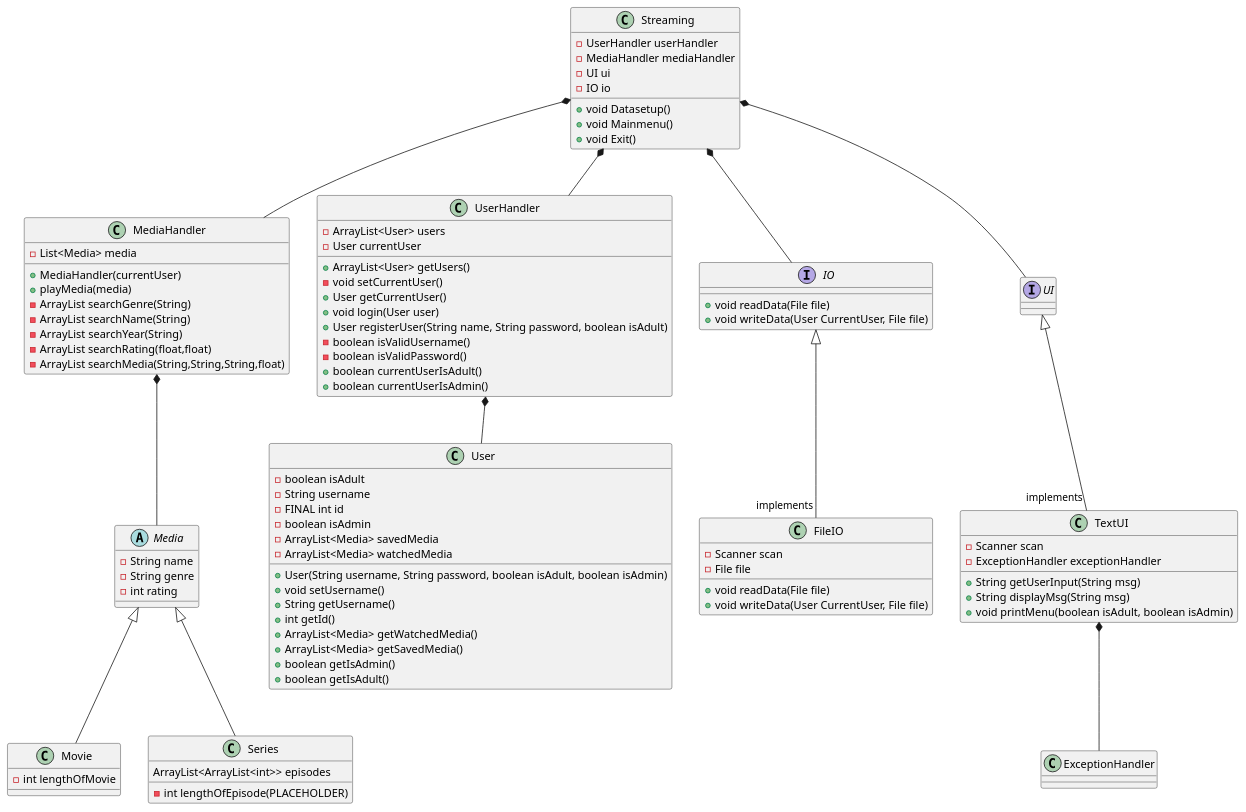
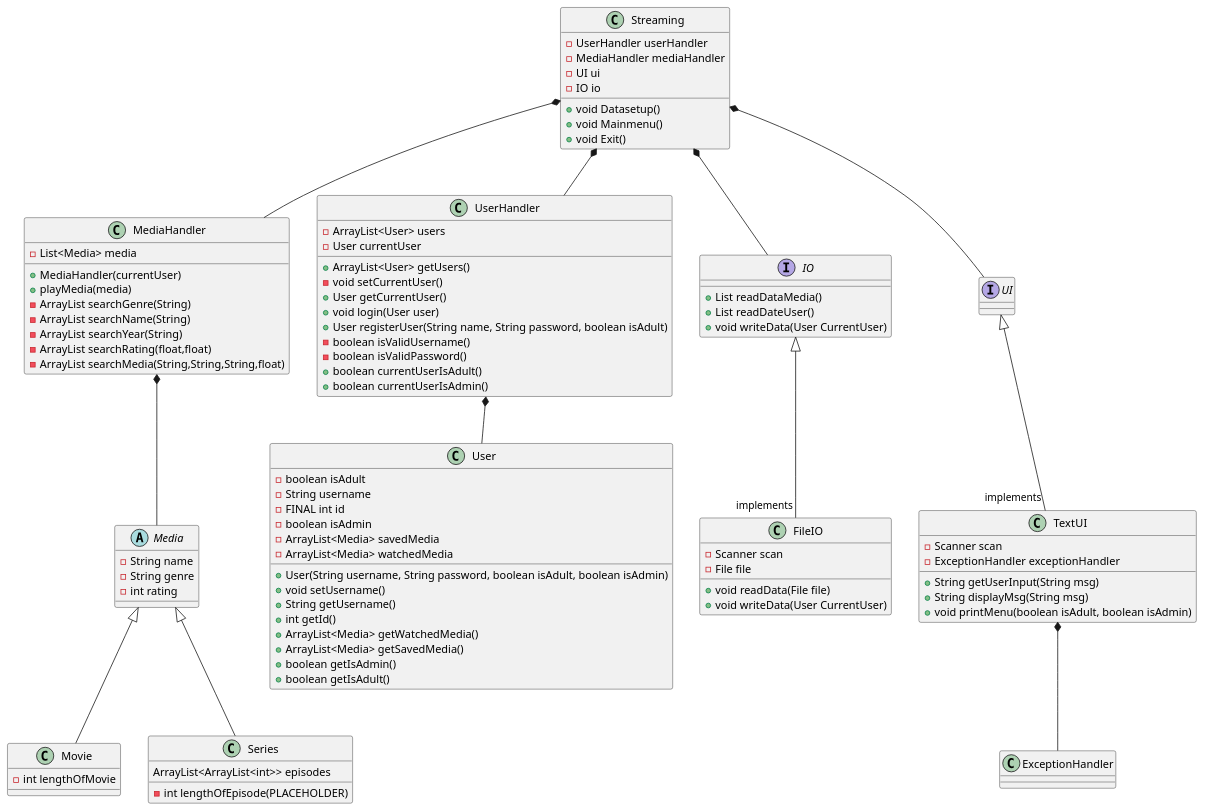
One commit to Ghostz-Games/SP3---Streamingtjeneste---Gruppe-B---2023 changed the diagram in SP3 - Streaming Tjeneste/Documentation/ClassDiagram.puml. Above: the diagram before and after it, drawn with PlantUML.

Commit message:
did more stuff

```diff
--- a/SP3 - Streaming Tjeneste/Documentation/ClassDiagram.puml
+++ b/SP3 - Streaming Tjeneste/Documentation/ClassDiagram.puml
@@ -1,104 +1,105 @@
 @startuml
 'https://plantuml.com/class-diagram
 
 class Streaming
 class MediaHandler
 abstract class Media
 class Movie
 class Series
 class UserHandler
 class FileIO
 interface IO
 interface UI
 class TextUI
 class ExceptionHandler
 class User
 
 
 
 Streaming *-- UserHandler
 UserHandler *-- User
 Streaming *-- MediaHandler
 MediaHandler *-- Media
 Media <|--  Movie
 Media <|--  Series
 
 IO <|-- "implements" FileIO
 UI <|-- "implements" TextUI
 TextUI *-- ExceptionHandler
 Streaming *-- IO
 Streaming *-- UI
 
 UserHandler : + ArrayList<User> getUsers()
 UserHandler : - void setCurrentUser()
 UserHandler : + User getCurrentUser()
 UserHandler : - ArrayList<User> users
 UserHandler : - User currentUser
 UserHandler : + void login(User user)
 UserHandler : + User registerUser(String name, String password, boolean isAdult)
 UserHandler : - boolean isValidUsername()
 UserHandler : - boolean isValidPassword()
 UserHandler : + boolean currentUserIsAdult()
 UserHandler : + boolean currentUserIsAdmin()
 
 User : - boolean isAdult
 User : - String username
 User : - FINAL int id
 User : - boolean isAdmin
 User : - ArrayList<Media> savedMedia
 User : - ArrayList<Media> watchedMedia
 User : + User(String username, String password, boolean isAdult, boolean isAdmin)
 User : + void setUsername()
 User : + String getUsername()
 User : + int getId()
 User : + ArrayList<Media> getWatchedMedia()
 User : + ArrayList<Media> getSavedMedia()
 User : + boolean getIsAdmin()
 User : + boolean getIsAdult()
 
 MediaHandler : +MediaHandler(currentUser)
 MediaHandler : - List<Media> media
 MediaHandler : + playMedia(media)
 
 Streaming : -UserHandler userHandler
 Streaming : -MediaHandler mediaHandler
 Streaming : - UI ui
 Streaming : - IO io
 Streaming : + void Datasetup()
 Streaming : + void Mainmenu()
 Streaming : + void Exit()
 
 TextUI : - Scanner scan
 TextUI : + String getUserInput(String msg)
 TextUI : + String displayMsg(String msg)
 TextUI : + void printMenu(boolean isAdult, boolean isAdmin)
 TextUI : - ExceptionHandler exceptionHandler
 
 
-IO : + void readData(File file)
-IO : + void writeData(User CurrentUser, File file)
+IO : + List readDataMedia()
+IO : + List readDateUser()
+IO : + void writeData(User CurrentUser)
 
 FileIO : - Scanner scan
 FileIO : - File file
 FileIO : + void readData(File file)
-FileIO : + void writeData(User CurrentUser, File file)
+FileIO : + void writeData(User CurrentUser)
 
 MediaHandler : - ArrayList searchGenre(String)
 MediaHandler : - ArrayList searchName(String)
 MediaHandler : - ArrayList searchYear(String)
 MediaHandler : - ArrayList searchRating(float,float)
 MediaHandler : - ArrayList searchMedia(String,String,String,float)
 
 Media : - String name
 Media : - String genre
 Media : - int rating
 
 Series : ArrayList<ArrayList<int>> episodes
 
 Movie : - int lengthOfMovie
 
 Series : - int lengthOfEpisode(PLACEHOLDER)
 
 
 
 @enduml
```
